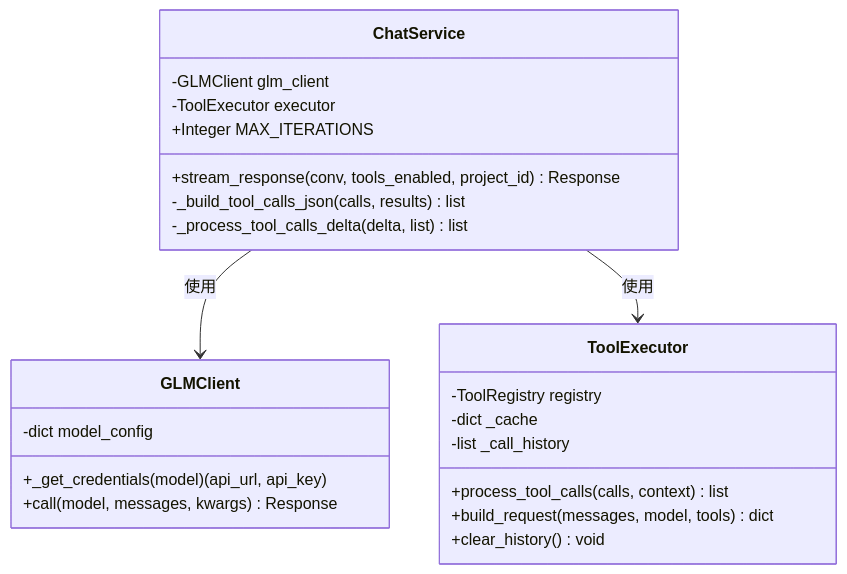
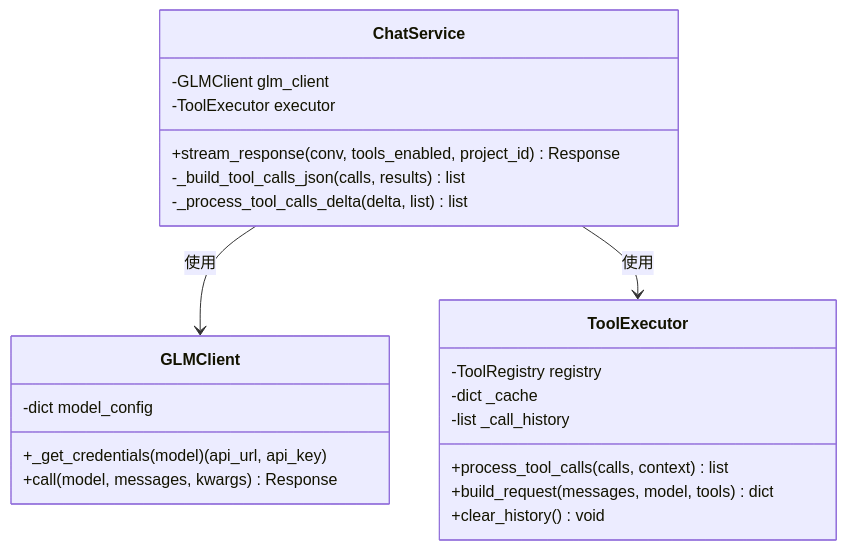
Before and after one commit to ViperEkura/nanoClaw: the third of 5 diagrams in docs/Design.md, drawn with Mermaid. The commit also changed other lines of this file and 9 other files, not shown here.

````diff
--- a/docs/Design.md
+++ b/docs/Design.md
@@ -248,31 +248,30 @@
 ```mermaid
 classDiagram
     direction TB
 
     class ChatService {
         -GLMClient glm_client
         -ToolExecutor executor
-        +Integer MAX_ITERATIONS
         +stream_response(conv, tools_enabled, project_id) Response
         -_build_tool_calls_json(calls, results) list
         -_process_tool_calls_delta(delta, list) list
     }
 
     class GLMClient {
         -dict model_config
         +_get_credentials(model) (api_url, api_key)
         +call(model, messages, kwargs) Response
     }
 
     class ToolExecutor {
         -ToolRegistry registry
         -dict _cache
         -list _call_history
         +process_tool_calls(calls, context) list
         +build_request(messages, model, tools) dict
         +clear_history() void
     }
 
     ChatService --> GLMClient : 使用
     ChatService --> ToolExecutor : 使用
 ```
````
